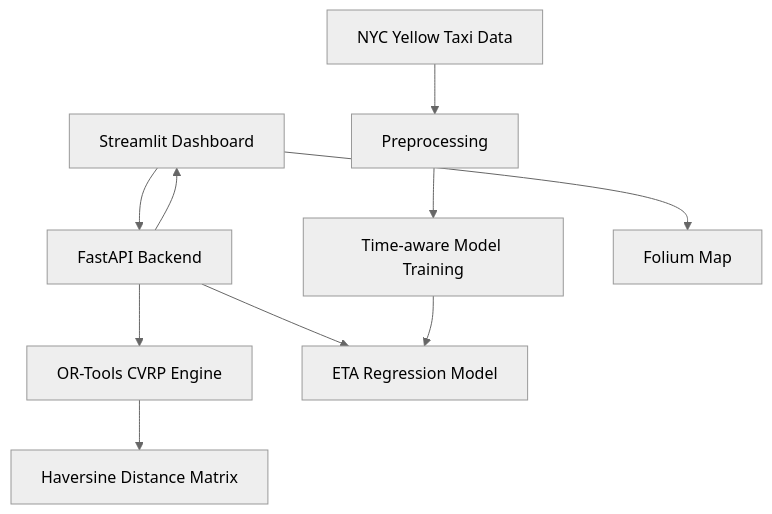
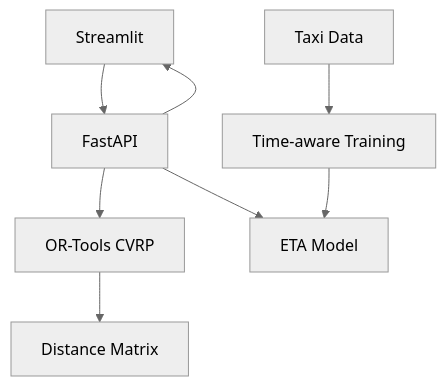
Before and after one commit to Piyu242005/Last-Mile-Delivery-Optimization: the diagram in README.md, drawn with Mermaid (neutral theme). The commit also changed other lines of this file, not shown here.

````diff
--- a/README.md
+++ b/README.md
@@ -26,12 +20,10 @@
 ```mermaid
 graph TD
-    UI[Streamlit Dashboard] --> API[FastAPI Backend]
-    API --> ROUTE[OR-Tools CVRP Engine]
-    ROUTE --> DIST[Haversine Distance Matrix]
-    API --> ETA[ETA Regression Model]
-    DATA[NYC Yellow Taxi Data] --> PREP[Preprocessing]
-    PREP --> TRAIN[Time-aware Model Training]
+    UI[Streamlit] --> API[FastAPI]
+    API --> CVRP[OR-Tools CVRP]
+    CVRP --> DIST[Distance Matrix]
+    API --> ETA[ETA Model]
+    DATA[Taxi Data] --> TRAIN[Time-aware Training]
     TRAIN --> ETA
     API --> UI
-    UI --> MAP[Folium Map]
 ```
````
